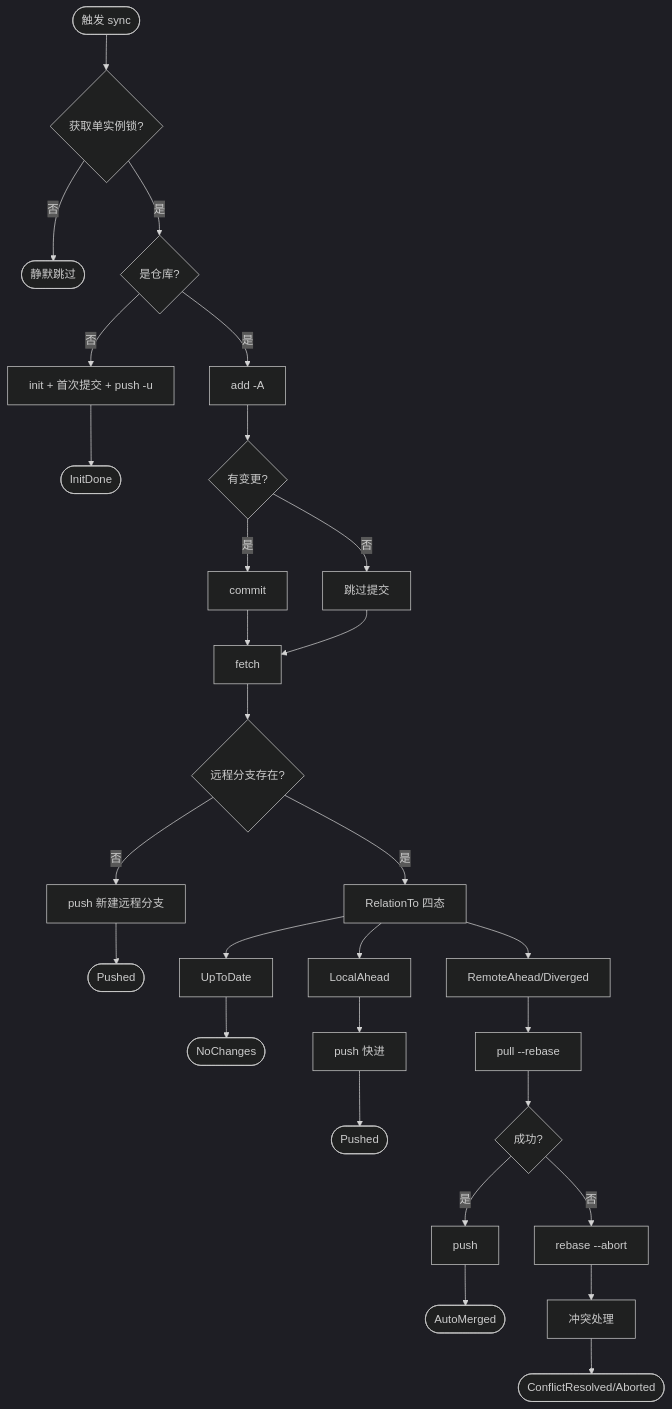
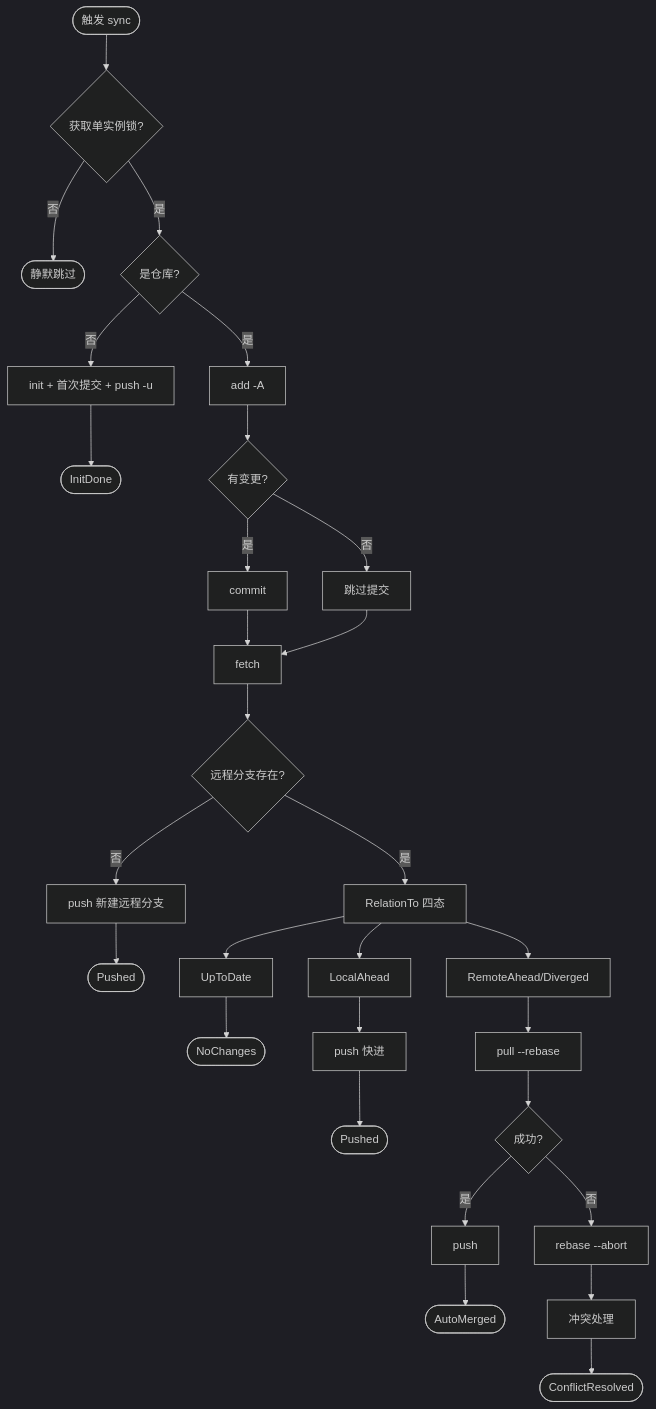
Before and after one commit to int2t05/AutoSync: the first of 4 diagrams in docs/flow.md, drawn with Mermaid (dark theme). The commit also changed other lines of this file and 17 other files, not shown here.

````diff
--- a/docs/flow.md
+++ b/docs/flow.md
@@ -7,31 +7,31 @@
 ```mermaid
 flowchart TD
   START([触发 sync]) --> LOCK{获取单实例锁?}
   LOCK -->|否| SKIP([静默跳过])
   LOCK -->|是| ISREPO{是仓库?}
   ISREPO -->|否| INIT[init + 首次提交 + push -u]
   INIT --> DONE1([InitDone])
   ISREPO -->|是| ADD[add -A]
   ADD --> CHG{有变更?}
   CHG -->|是| COMMIT[commit]
   CHG -->|否| NOCOMMIT[跳过提交]
   COMMIT --> FETCH[fetch]
   NOCOMMIT --> FETCH
   FETCH --> EXIST{远程分支存在?}
   EXIST -->|否| PUSHDIRECT[push 新建远程分支]
   PUSHDIRECT --> DONE2([Pushed])
   EXIST -->|是| REL[RelationTo 四态]
   REL --> U[UpToDate]
   REL --> LA[LocalAhead]
   REL --> RA[RemoteAhead/Diverged]
   U --> DONE3([NoChanges])
   LA --> PUSHPUSH[push 快进]
   PUSHPUSH --> DONE4([Pushed])
   RA --> REBASE[pull --rebase]
   REBASE --> OK{成功?}
   OK -->|是| PUSHMERGE[push]
   PUSHMERGE --> DONE5([AutoMerged])
   OK -->|否| ABORT[rebase --abort]
   ABORT --> CONFLICT[冲突处理]
-  CONFLICT --> DONE6([ConflictResolved/Aborted])
+  CONFLICT --> DONE6([ConflictResolved])
 ```
````
